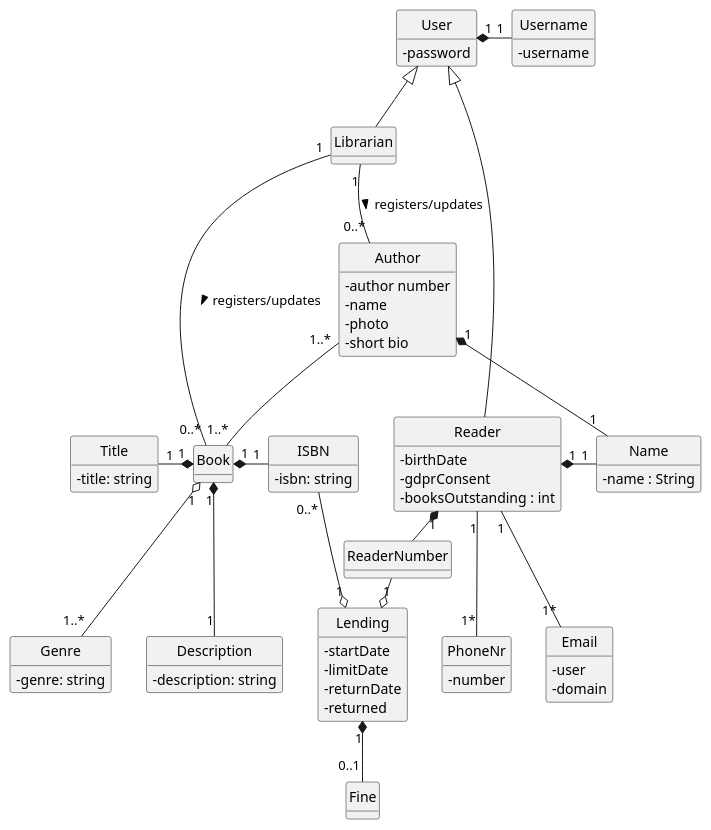
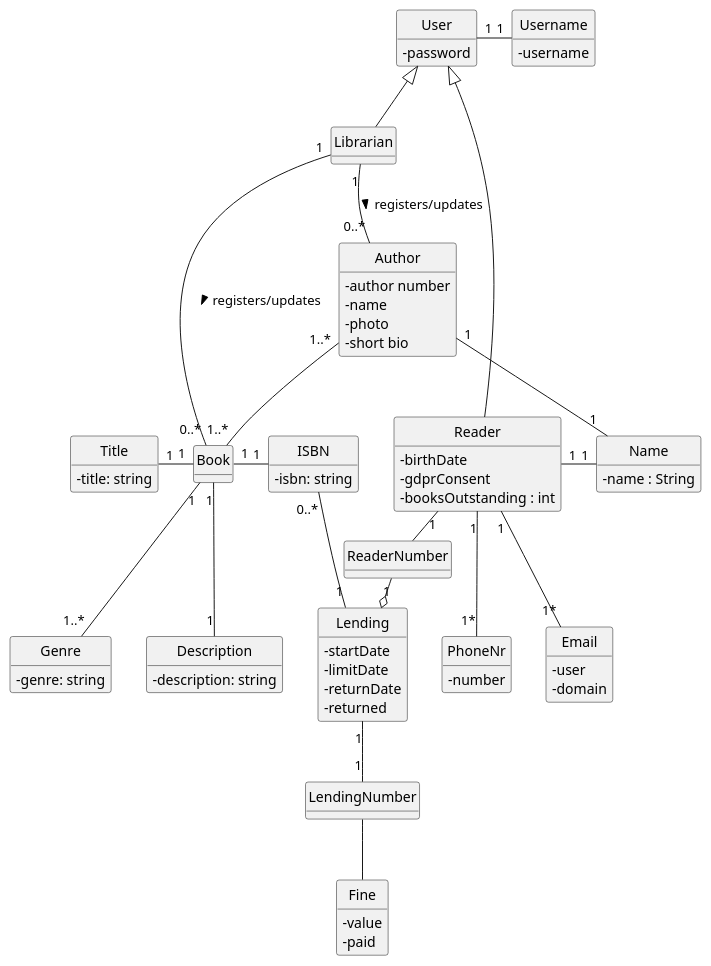
The diagram in Docs/GlobalArtifacts/DomainModel.puml (rutemf/1220944_1220772_G01), drawn with PlantUML before and after one commit. The commit also changed 7 other files, not shown here.

```diff
--- a/Docs/GlobalArtifacts/DomainModel.puml
+++ b/Docs/GlobalArtifacts/DomainModel.puml
@@ -1,102 +1,108 @@
 @startuml
 'https://plantuml.com/class-diagram
 skinparam classAttributeIconSize 0
 hide circle
 hide methods
 
 class User{
     - password
 }
 
 class Username{
     - username
 }
 
 class Librarian extends User{
 }
 
 class ISBN{
 /'temos que implementar alguma validação?'/
 /'https://en.wikipedia.org/wiki/ISBN'/
     - isbn: string
 }
 
 class Title{
 /'regras?'/
     - title: string
 }
 
 class Genre{
 /'escolhido de uma lista?'/
     - genre: string
 }
 
 class Description{
 /'limite de caractéres?'/
     - description: string
 }
 
 class Book {
 }
 
 class Author {
     - author number
     - name
     - photo
     - short bio
     /'perguntar '/
    }
 
 class Reader extends User{
     - birthDate /'limite inferior/superior? '/
     - gdprConsent /'que implicações tem?'/
     - booksOutstanding : int /'TODO: Perguntar se faz sentido contar no Reader'/
 }
 
 class ReaderNumber {
 }
 
 class Lending {
     - startDate
     - limitDate
     - returnDate
     - returned
 }
 
 class Fine {
+    - value
+    - paid
 }
+
+class LendingNumber
+
 
 class PhoneNr {
 /'como fazer a validação?'/
     - number
 }
 
 class Email {
     /'perguntar se o domínio tem que ser validado?'/
     /'há domínios restritos?'/
     - user
     - domain
 }
 
 class Name {
     - name : String
 }
 
 Librarian "1" -- "0..*" Author : registers/updates >
 Librarian "1" -- "0..*" Book : registers/updates >
 Book "1..*" -up- "1..*"  Author
 Reader "1" -- "1*" PhoneNr  /'mais que um?'/
 Reader "1" -- "1*" Email   /'mais que um?'/
 ReaderNumber "1" -o Lending
-Reader "1" *- ReaderNumber
-Lending "1" o-up- "0..*" ISBN
-Book "1" *- "1" ISBN
-Book "1" *-left- "1" Title
-Book  "1" o-- "1..*"  Genre
-Book  "1" *-- "1"  Description
-Lending "1" *-- "0..1" Fine
-Reader "1" *- "1" Name
-Author "1" *-down- "1" Name
-User "1" *- "1" Username
+Reader "1" - ReaderNumber
+Lending "1" -up- "0..*" ISBN
+Book "1" - "1" ISBN
+Book "1" -left- "1" Title
+Book  "1" -- "1..*"  Genre
+Book  "1" -- "1"  Description
+Lending "1" -- "1" LendingNumber
+LendingNumber -- Fine
+Reader "1" - "1" Name
+Author "1" -down- "1" Name
+User "1" - "1" Username
 
 @enduml
```
